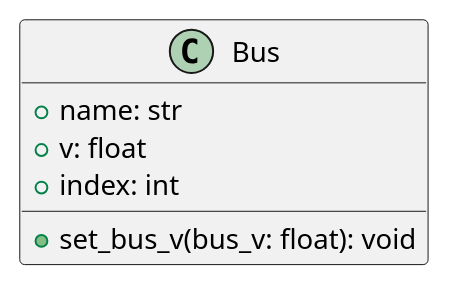
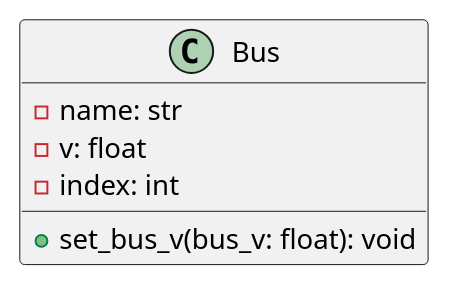
Before and after one commit to JLipnerPitt/ECE2774-ADV-POWER-SYSTEMS-ANALYSIS: the second of 10 diagrams in project2.plantuml, drawn with PlantUML. The commit also changed other lines of this file, not shown here.

Commit message:
Updated to include diagrams for the Transformer and TransmissionLine classes.

```diff
--- a/project2.plantuml
+++ b/project2.plantuml
@@ -15,9 +15,9 @@
 @startuml Bus
 class Bus {
-    +name: str
-    +v: float
-    +index: int
+    -name: str
+    -v: float
+    -index: int
 
     +set_bus_v(bus_v: float): void
 }
 @enduml
```
